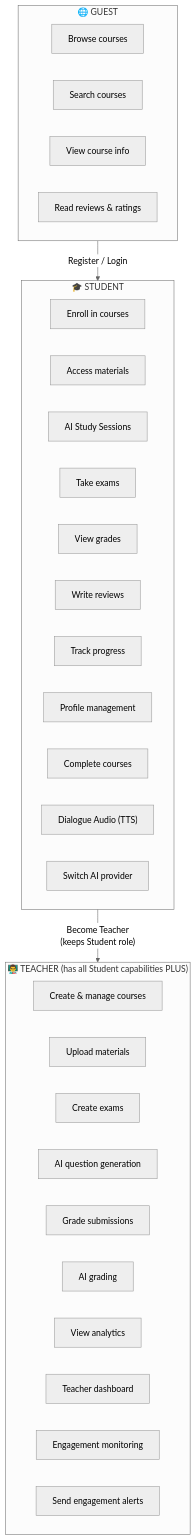
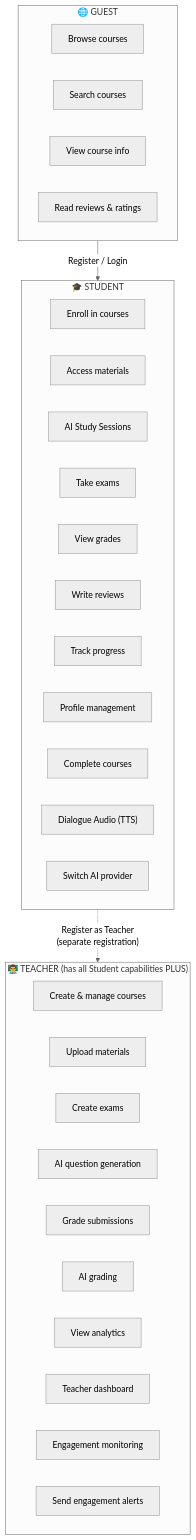
The second of 44 diagrams in docs/USER_JOURNEY.md (ahmedashraf0001/AI-Powered-Educational-Platform), drawn with Mermaid (neutral theme) before and after one commit. The commit also changed other lines of this file and 58 other files, not shown here.

````diff
--- a/docs/USER_JOURNEY.md
+++ b/docs/USER_JOURNEY.md
@@ -90,39 +90,39 @@
 ```mermaid
 graph TD
     subgraph GUEST["🌐 GUEST"]
         G1["Browse courses"]
         G2["Search courses"]
         G3["View course info"]
         G4["Read reviews & ratings"]
     end
 
     subgraph STUDENT["🎓 STUDENT"]
         S1["Enroll in courses"]
         S2["Access materials"]
         S3["AI Study Sessions"]
         S4["Take exams"]
         S5["View grades"]
         S6["Write reviews"]
         S7["Track progress"]
         S8["Profile management"]
         S9["Complete courses"]
         S10["Dialogue Audio (TTS)"]
         S11["Switch AI provider"]
     end
 
     subgraph TEACHER["👨‍🏫 TEACHER (has all Student capabilities PLUS)"]
         T1["Create & manage courses"]
         T2["Upload materials"]
         T3["Create exams"]
         T4["AI question generation"]
         T5["Grade submissions"]
         T6["AI grading"]
         T7["View analytics"]
         T8["Teacher dashboard"]
         T9["Engagement monitoring"]
         T10["Send engagement alerts"]
     end
 
     GUEST -->|"Register / Login"| STUDENT
-    STUDENT -->|"Become Teacher<br/>(keeps Student role)"| TEACHER
+    STUDENT -.->|"Register as Teacher<br/>(separate registration)"| TEACHER
 ```
````
